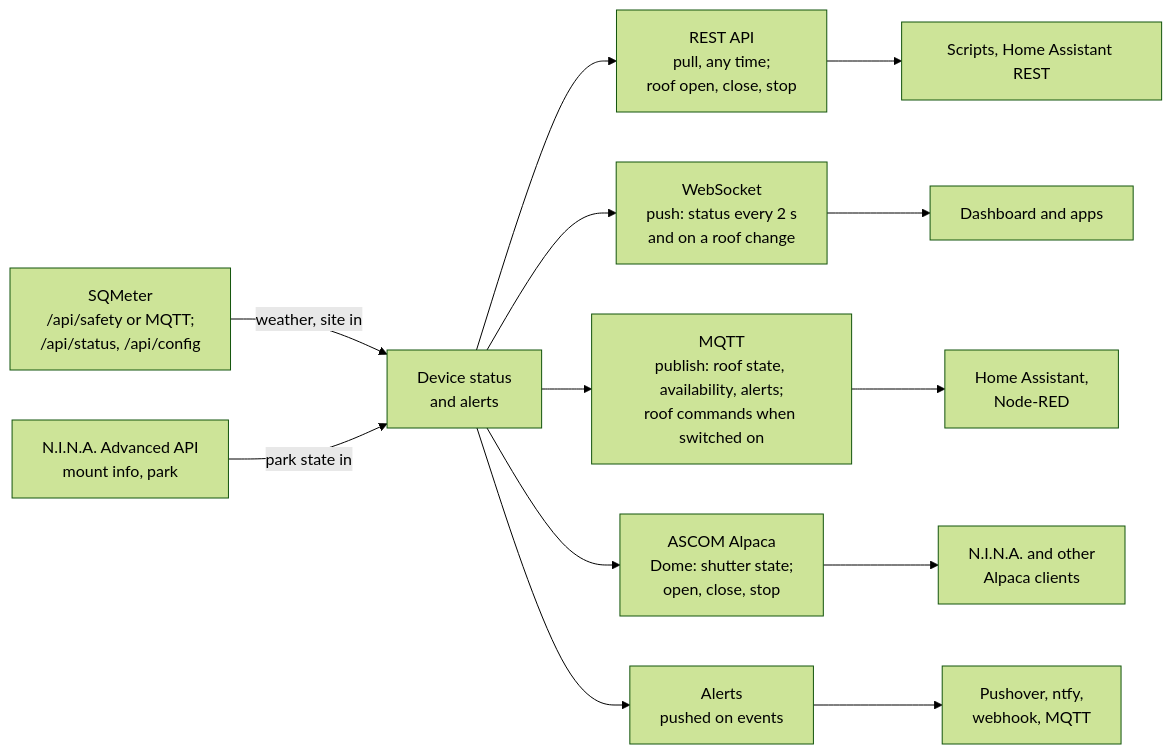
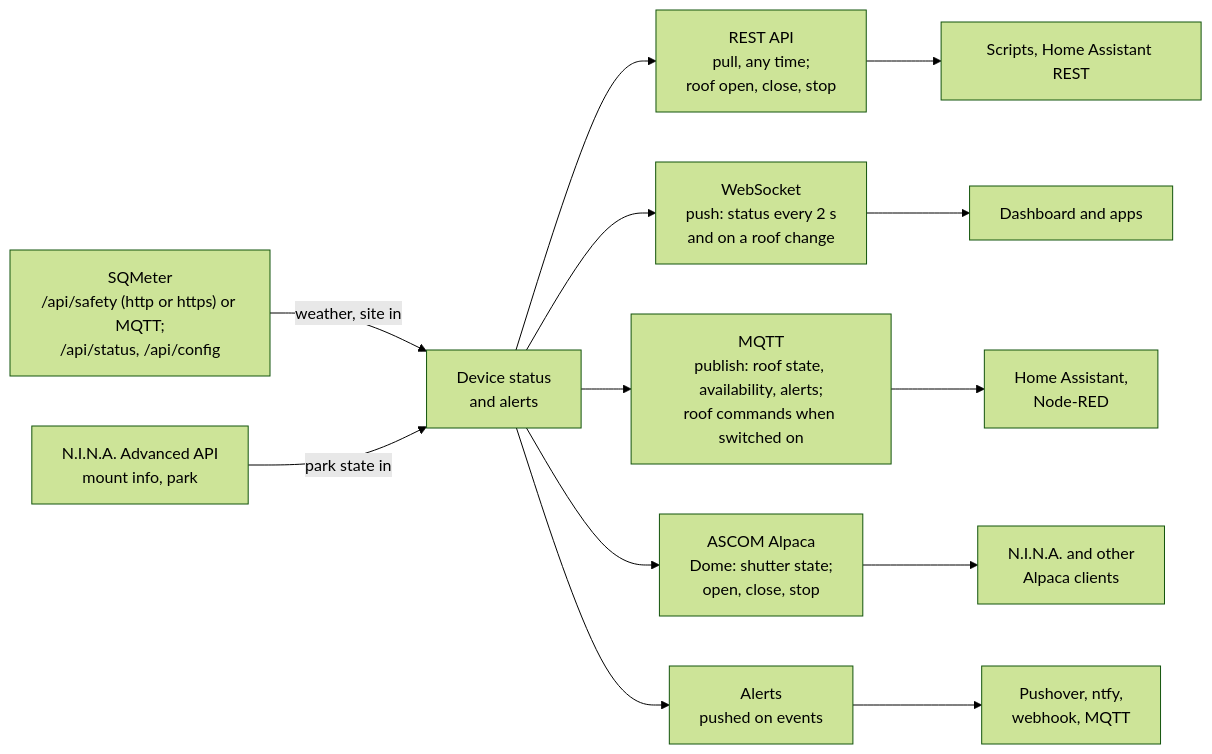
One commit to DeanJ87/RoofRoof changed the diagram in docs/api/integrations.md. Above: the diagram before and after it, drawn with Mermaid (forest theme). The commit also changed other lines of this file and 19 other files, not shown here.

Commit message:
020: SQMeter's address and https: spec FR-036 to FR-039, assumptions 26-30, tasks T036-T040; routes, OpenAPI, REST and user docs, CHANGELOG; diagrams re-checked against their sources; flash and UI size recorded

````diff
--- a/docs/api/integrations.md
+++ b/docs/api/integrations.md
@@ -18,18 +18,18 @@
 ```mermaid
 flowchart LR
     accTitle: Integration paths
     accDescr: The device status feeds four paths. REST is pulled by scripts and can command the roof; WebSocket pushes the status live to the dashboard and apps; MQTT publishes the roof's state, availability and alerts to a broker for Home Assistant and, when switched on, takes its open, close and stop commands; Alpaca serves the roof as a Dome that N.I.N.A. and other clients can open, close and stop; alerts are pushed to phones and services. Inbound, the device reads SQMeter's weather verdict, its location and its shared settings (copied or kept in step), and N.I.N.A.'s mount state.
     DATA["Device status<br/>and alerts"]
     DATA --> REST["REST API<br/>pull, any time;<br/>roof open, close, stop"]
     DATA --> WS["WebSocket<br/>push: status every 2 s<br/>and on a roof change"]
     DATA --> MQTT["MQTT<br/>publish: roof state, availability, alerts;<br/>roof commands when switched on"]
     DATA --> ALPACA["ASCOM Alpaca<br/>Dome: shutter state;<br/>open, close, stop"]
     DATA --> ALERTS["Alerts<br/>pushed on events"]
     REST --> SCRIPTS["Scripts, Home Assistant REST"]
     WS --> UI["Dashboard and apps"]
     MQTT --> HA["Home Assistant,<br/>Node-RED"]
     ALPACA --> NINA["N.I.N.A. and other<br/>Alpaca clients"]
     ALERTS --> PHONES["Pushover, ntfy,<br/>webhook, MQTT"]
-    SQM["SQMeter<br/>/api/safety or MQTT;<br/>/api/status, /api/config"] -->|weather, site in| DATA
+    SQM["SQMeter<br/>/api/safety (http or https) or MQTT;<br/>/api/status, /api/config"] -->|weather, site in| DATA
     NAPI["N.I.N.A. Advanced API<br/>mount info, park"] -->|park state in| DATA
 ```
````
